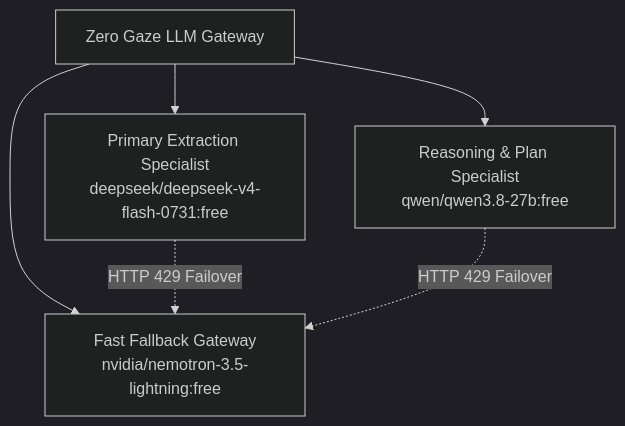
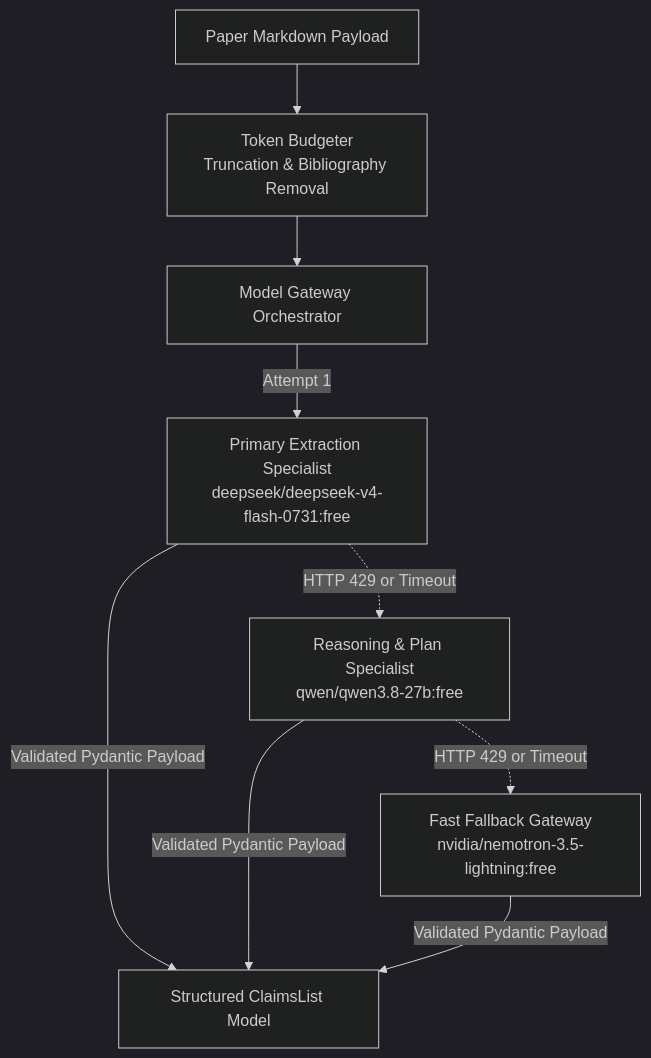
One commit to riri-05/zero-gaze changed the first of 2 diagrams in docs/03-llm-engine-lego/README.md. Above: the diagram before and after it, drawn with Mermaid (dark theme). The commit also changed other lines of this file and 9 other files, not shown here.

Commit message:
docs: complete architectural makeover, remove roadmaps, and add .env.example

````diff
--- a/docs/03-llm-engine-lego/README.md
+++ b/docs/03-llm-engine-lego/README.md
@@ -6,8 +12,11 @@
 ```mermaid
 flowchart TD
-    A[Zero Gaze LLM Gateway] --> B[Primary Extraction Specialist<br/>deepseek/deepseek-v4-flash-0731:free]
-    A --> C[Reasoning & Plan Specialist<br/>qwen/qwen3.8-27b:free]
-    A --> D[Fast Fallback Gateway<br/>nvidia/nemotron-3.5-lightning:free]
-    B -.->|HTTP 429 Failover| D
-    C -.->|HTTP 429 Failover| D
+    A[Paper Markdown Payload] --> B[Token Budgeter<br/>Truncation & Bibliography Removal]
+    B --> C[Model Gateway Orchestrator]
+    C -->|Attempt 1| D[Primary Extraction Specialist<br/>deepseek/deepseek-v4-flash-0731:free]
+    D -.->|HTTP 429 or Timeout| E[Reasoning & Plan Specialist<br/>qwen/qwen3.8-27b:free]
+    E -.->|HTTP 429 or Timeout| F[Fast Fallback Gateway<br/>nvidia/nemotron-3.5-lightning:free]
+    D -->|Validated Pydantic Payload| G[Structured ClaimsList Model]
+    E -->|Validated Pydantic Payload| G
+    F -->|Validated Pydantic Payload| G
 ```
````
